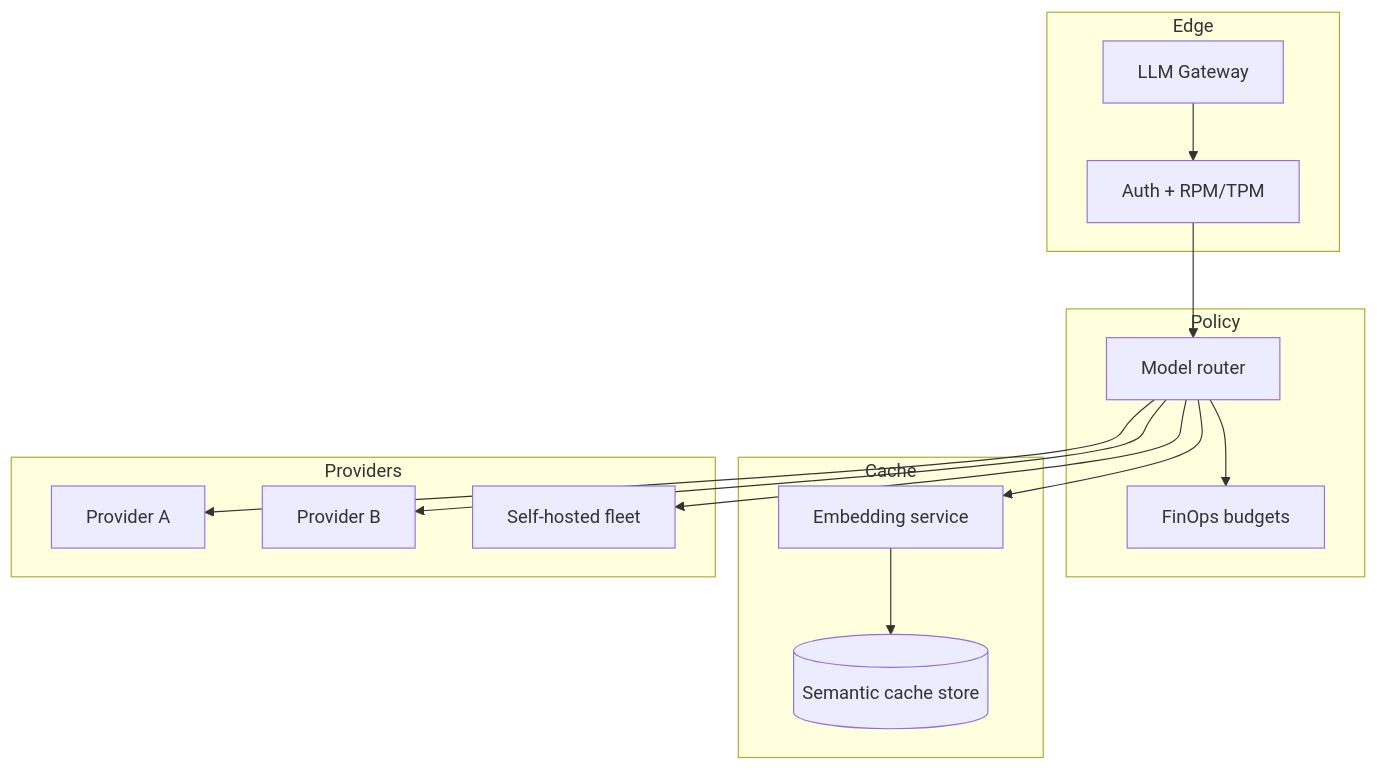
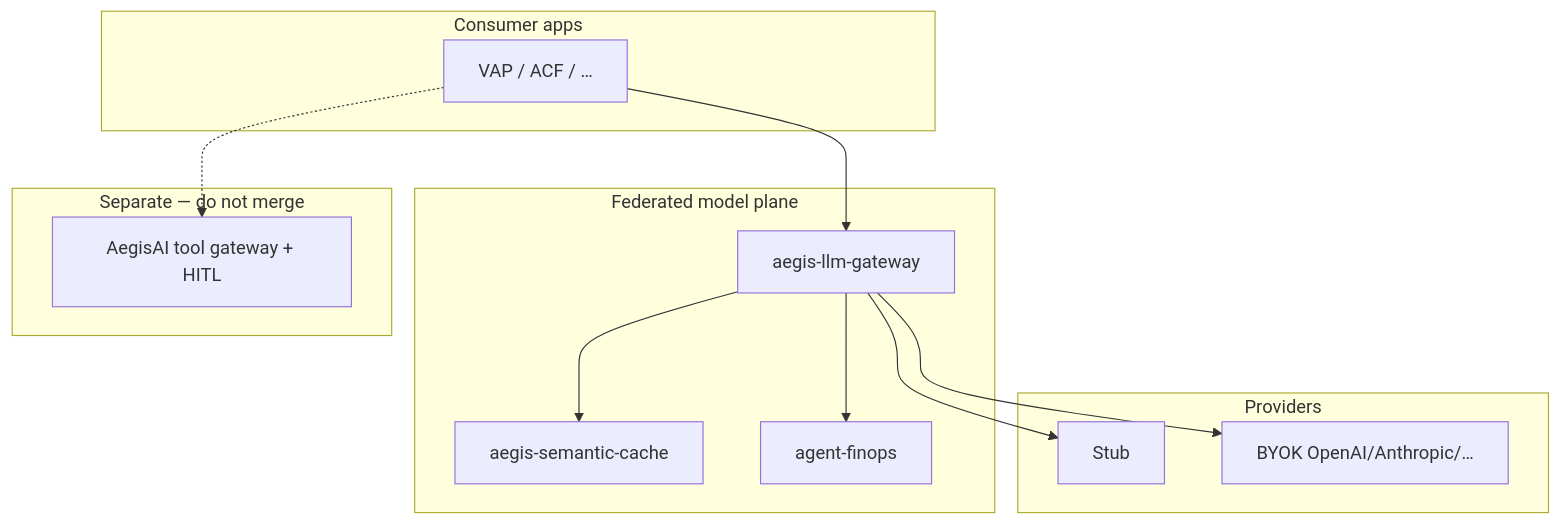
Before and after one commit to vpeetla-ai/ai-architect-interview-playbook: the second of 2 diagrams in cloud-architecture/07-llm-gateway-semantic-cache-model-router.md, drawn with Mermaid. The commit also changed other lines of this file and 3 other files, not shown here.

First line of the commit message:
Rewrite cloud-architecture/07 for enterprise LLM gateway plane interviews.

````diff
--- a/cloud-architecture/07-llm-gateway-semantic-cache-model-router.md
+++ b/cloud-architecture/07-llm-gateway-semantic-cache-model-router.md
@@ -83,25 +102,24 @@
 ```mermaid
 graph TB
-  subgraph edge [Edge]
-    GW[LLM Gateway]
-    Auth[Auth + RPM/TPM]
+  subgraph apps [Consumer apps]
+    VAP[VAP / ACF / …]
   end
-  subgraph policy [Policy]
-    Router[Model router]
-    Budgets[FinOps budgets]
+  subgraph plane [Federated model plane]
+    GW[aegis-llm-gateway]
+    Cache[aegis-semantic-cache]
+    Fin[agent-finops]
   end
-  subgraph cache [Cache]
-    Emb[Embedding service]
-    Sem[(Semantic cache store)]
+  subgraph tools [Separate — do not merge]
+    Aegis[AegisAI tool gateway + HITL]
   end
   subgraph providers [Providers]
-    A[Provider A]
-    B[Provider B]
-    Local[Self-hosted fleet]
+    Stub[Stub]
+    BYOK[BYOK OpenAI/Anthropic/…]
   end
-  GW --> Auth --> Router --> Budgets
-  Router --> Emb --> Sem
-  Router --> A
-  Router --> B
-  Router --> Local
+  VAP --> GW
+  GW --> Cache
+  GW --> Fin
+  GW --> Stub
+  GW --> BYOK
+  VAP -.-> Aegis
 ```
````
